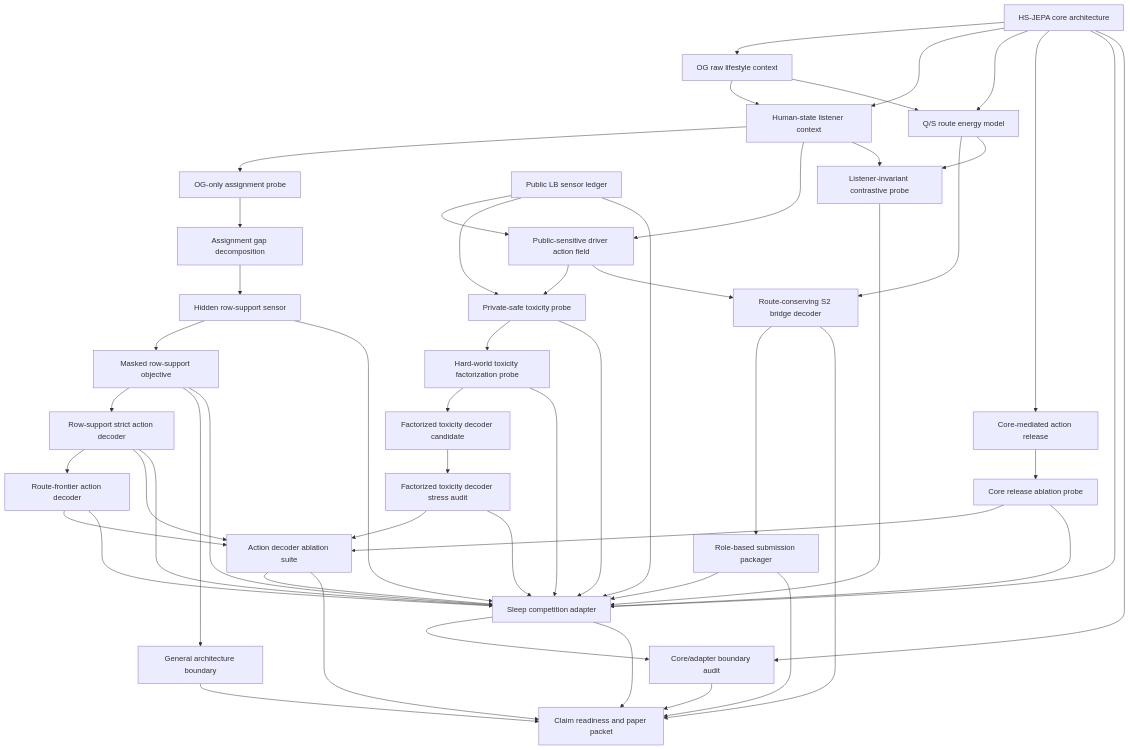
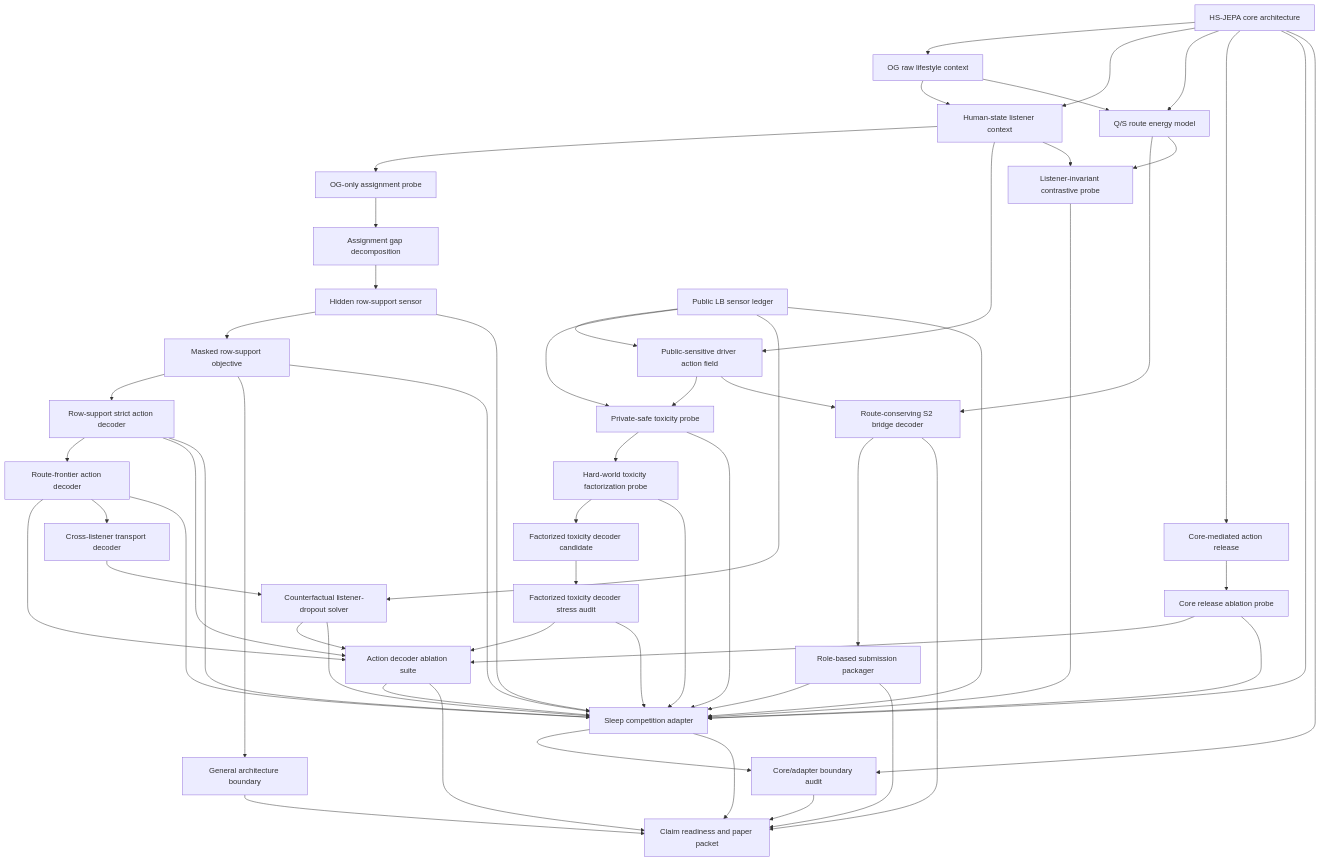
One commit to kbsooo/etri changed the diagram in team_hsjepa_end_to_end/outputs/route_conserving_s2_bridge/hsjepa_pipeline_manifest_ko.md. Above: the diagram before and after it, drawn with Mermaid. The commit also changed other lines of this file and 35 other files, not shown here.

Commit message:
feat(hsjepa): add counterfactual listener dropout solver

````diff
--- a/team_hsjepa_end_to_end/outputs/route_conserving_s2_bridge/hsjepa_pipeline_manifest_ko.md
+++ b/team_hsjepa_end_to_end/outputs/route_conserving_s2_bridge/hsjepa_pipeline_manifest_ko.md
@@ -13,54 +13,59 @@
 ```mermaid
 flowchart TD
     CORE["HS-JEPA core architecture"] --> A["OG raw lifestyle context"]
     CORE --> C["Human-state listener context"]
     CORE --> D["Q/S route energy model"]
     A["OG raw lifestyle context"] --> C["Human-state listener context"]
     A --> D["Q/S route energy model"]
     C --> P1["OG-only assignment probe"]
     P1 --> GAP["Assignment gap decomposition"]
     GAP --> RSP["Hidden row-support sensor"]
     RSP --> MRO["Masked row-support objective"]
     MRO --> RSA["Row-support strict action decoder"]
     RSA --> RFA["Route-frontier action decoder"]
     RFA --> ADA["Action decoder ablation suite"]
     MRO --> GEN["General architecture boundary"]
     B["Public LB sensor ledger"] --> E["Public-sensitive driver action field"]
     C --> E
     D --> F["Route-conserving S2 bridge decoder"]
     C --> P2["Listener-invariant contrastive probe"]
     D --> P2
     B --> P3["Private-safe toxicity probe"]
     E --> P3
     P3 --> P4["Hard-world toxicity factorization probe"]
     P4 --> P5["Factorized toxicity decoder candidate"]
     P5 --> P6["Factorized toxicity decoder stress audit"]
     P6 --> ADA
     RSA --> ADA
     CORE --> CMA["Core-mediated action release"]
     CMA --> CRA["Core release ablation probe"]
     CRA --> ADA
     CRA --> ADAPT
+    RFA --> CLT["Cross-listener transport decoder"]
+    CLT --> CLD["Counterfactual listener-dropout solver"]
+    B --> CLD
+    CLD --> ADA
+    CLD --> ADAPT
     E --> F
     F --> G["Role-based submission packager"]
     G --> ADAPT["Sleep competition adapter"]
     CORE --> ADAPT
     B --> ADAPT
     P2 --> ADAPT
     P3 --> ADAPT
     P4 --> ADAPT
     P6 --> ADAPT
     RSP --> ADAPT
     MRO --> ADAPT
     RSA --> ADAPT
     RFA --> ADAPT
     ADA --> ADAPT
     ADAPT --> BAUD["Core/adapter boundary audit"]
     CORE --> BAUD
     GEN --> H["Claim readiness and paper packet"]
     BAUD --> H
     ADAPT --> H["Claim readiness and paper packet"]
     G --> H["Claim readiness and paper packet"]
     F --> H
     ADA --> H
 ```
````
